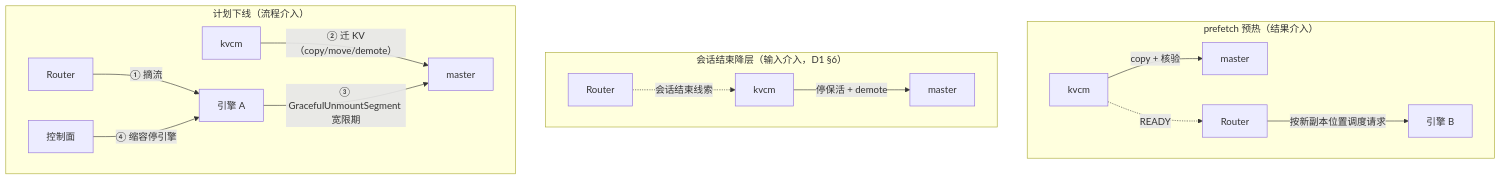
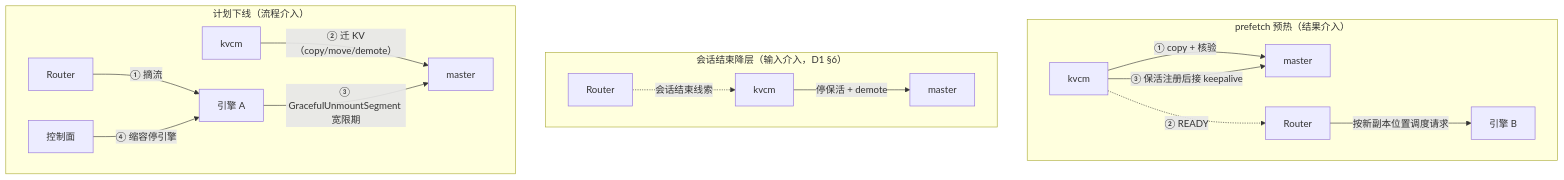
The tenth of 10 diagrams in kvcm/D2-kv-operations.md (5x8-40/lake), drawn with Mermaid before and after one commit. The commit also changed other lines of this file, not shown here.

First line of the commit message:
docs(kvcm): 图解补全最后六处遗漏——全方案覆盖收尾

````diff
--- a/kvcm/D2-kv-operations.md
+++ b/kvcm/D2-kv-operations.md
@@ -437,18 +441,19 @@
 ```mermaid
 flowchart TB
     subgraph P1["prefetch 预热（结果介入）"]
-        K1["kvcm"] -->|"copy + 核验"| M1["master"]
-        K1 -.->|"READY"| R1["Router"]
+        K1["kvcm"] -->|"① copy + 核验"| M1["master"]
+        K1 -.->|"② READY"| R1["Router"]
         R1 -->|"按新副本位置调度请求"| B1["引擎 B"]
+        K1 -->|"③ 保活注册后接 keepalive"| M1
     end
     subgraph P2["会话结束降层（输入介入，D1 §6）"]
         R2["Router"] -.->|"会话结束线索"| K2["kvcm"]
         K2 -->|"停保活 + demote"| M2["master"]
     end
     subgraph P3["计划下线（流程介入）"]
         R3["Router"] -->|"① 摘流"| E3["引擎 A"]
         K3["kvcm"] -->|"② 迁 KV（copy/move/demote）"| M3["master"]
         E3 -->|"③ GracefulUnmountSegment 宽限期"| M3
         C3["控制面"] -->|"④ 缩容停引擎"| E3
     end
 ```
````
